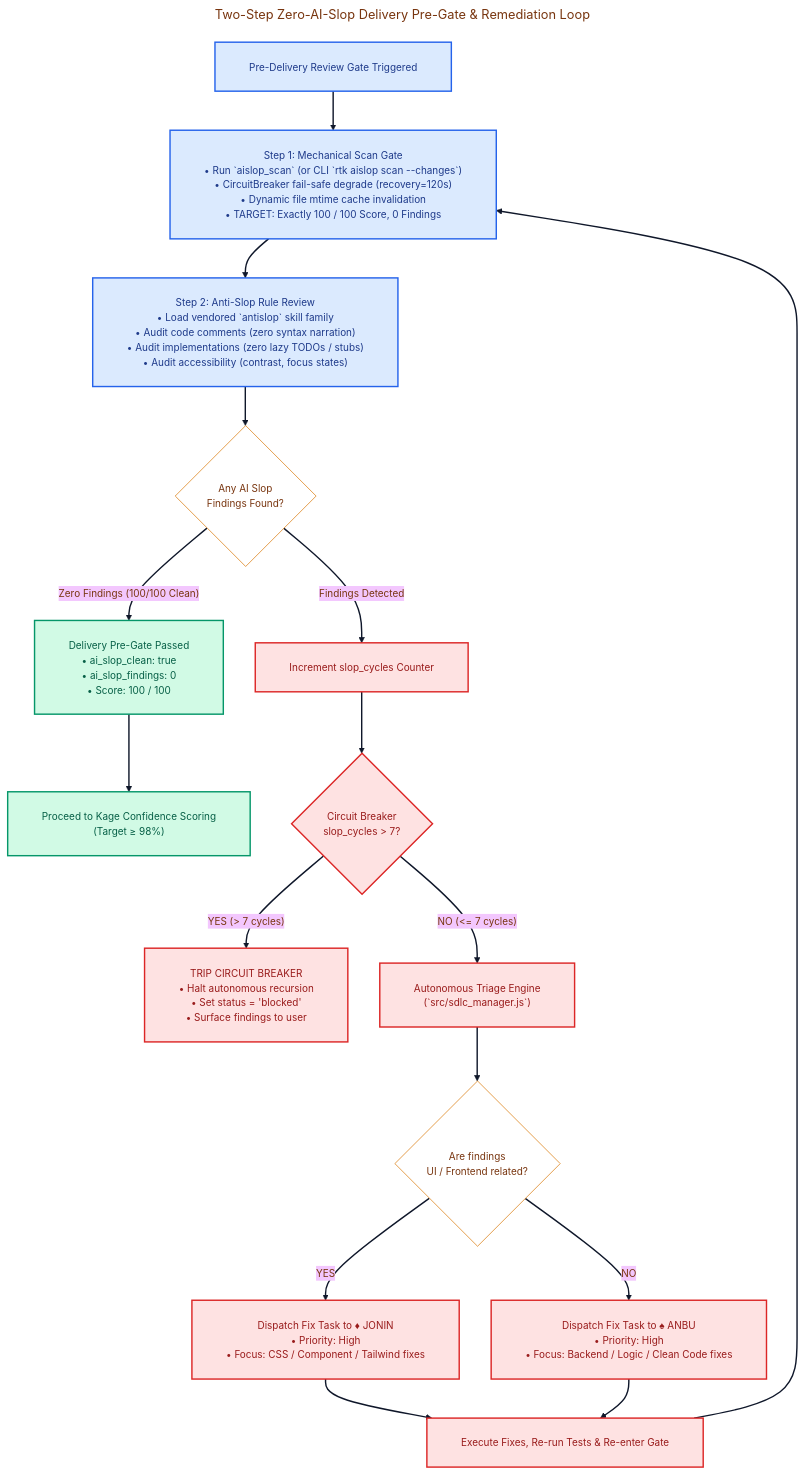
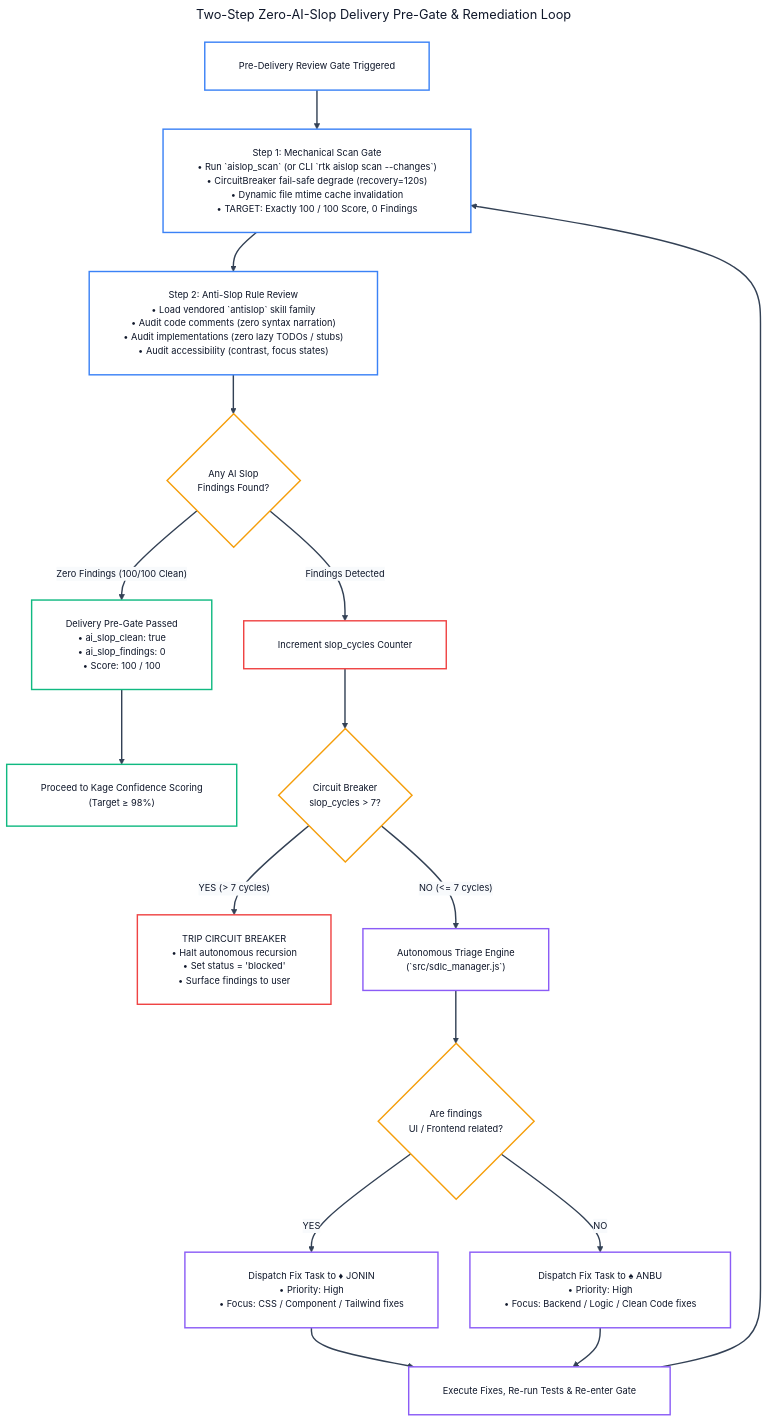
One commit to andycungkrinx91/konoha changed the sixth of 14 diagrams in docs/ALL-WORKFLOW-DIAGRAMS.md. Above: the diagram before and after it, drawn with Mermaid. The commit also changed other lines of this file and 107 other files, not shown here.

````diff
--- a/docs/ALL-WORKFLOW-DIAGRAMS.md
+++ b/docs/ALL-WORKFLOW-DIAGRAMS.md
@@ -328,54 +369,63 @@
 ```mermaid
 ---
 title: Two-Step Zero-AI-Slop Delivery Pre-Gate & Remediation Loop
 config:
   theme: base
   themeVariables:
+    darkMode: false
     background: '#ffffff'
     mainBkg: '#ffffff'
-    primaryColor: '#fef3c7'
-    primaryTextColor: '#78350f'
-    primaryBorderColor: '#d97706'
-    lineColor: '#0f172a'
-    arrowheadColor: '#0f172a'
-    fontFamily: 'Inter, system-ui, sans-serif'
-    fontSize: '14px'
+    primaryColor: '#ffffff'
+    primaryTextColor: '#0f172a'
+    primaryBorderColor: '#f59e0b'
+    lineColor: '#334155'
+    arrowheadColor: '#334155'
+    secondaryColor: '#f8fafc'
+    tertiaryColor: '#ffffff'
+    fontFamily: 'Inter, system-ui, -apple-system, sans-serif'
+    fontSize: '13px'
   flowchart:
     nodeSpacing: 45
     rankSpacing: 55
     padding: 24
     wrappingWidth: 380
 ---
 flowchart TD
     Trigger["Pre-Delivery Review Gate Triggered"] --> Step1["Step 1: Mechanical Scan Gate<br/>• Run `aislop_scan` (or CLI `rtk aislop scan --changes`)<br/>• CircuitBreaker fail-safe degrade (recovery=120s)<br/>• Dynamic file mtime cache invalidation<br/>• TARGET: Exactly 100 / 100 Score, 0 Findings"]
 
     Step1 --> Step2["Step 2: Anti-Slop Rule Review<br/>• Load vendored `antislop` skill family<br/>• Audit code comments (zero syntax narration)<br/>• Audit implementations (zero lazy TODOs / stubs)<br/>• Audit accessibility (contrast, focus states)"]
 
     Step2 --> CheckSlop{"Any AI Slop<br/>Findings Found?"}
 
     CheckSlop -- "Zero Findings (100/100 Clean)" --> PassGate["Delivery Pre-Gate Passed<br/>• ai_slop_clean: true<br/>• ai_slop_findings: 0<br/>• Score: 100 / 100"]
     PassGate --> KageGate["Proceed to Kage Confidence Scoring<br/>(Target ≥ 98%)"]
 
     CheckSlop -- "Findings Detected" --> LoopInit["Increment slop_cycles Counter"]
     LoopInit --> CheckBreaker{"Circuit Breaker<br/>slop_cycles > 7?"}
 
     CheckBreaker -- "YES (> 7 cycles)" --> Tripped["TRIP CIRCUIT BREAKER<br/>• Halt autonomous recursion<br/>• Set status = 'blocked'<br/>• Surface findings to user"]
 
     CheckBreaker -- "NO (<= 7 cycles)" --> Triage["Autonomous Triage Engine<br/>(`src/sdlc_manager.js`)"]
     Triage --> CheckType{"Are findings<br/>UI / Frontend related?"}
 
     CheckType -- "YES" --> AssignJonin["Dispatch Fix Task to ♦ JONIN<br/>• Priority: High<br/>• Focus: CSS / Component / Tailwind fixes"]
     CheckType -- "NO" --> AssignAnbu["Dispatch Fix Task to ♠ ANBU<br/>• Priority: High<br/>• Focus: Backend / Logic / Clean Code fixes"]
 
-    AssignJonin --> ReExecute["Execute Fixes, Re-run Tests & Re-enter Gate"]
+    AssignJonin --> ReExecute["Execute Fixes, Re-run Tests &amp; Re-enter Gate"]
     AssignAnbu --> ReExecute
     ReExecute --> Step1
 
-    linkStyle default stroke:#0f172a,stroke-width:2px;
-    classDef trigger fill:#dbeafe,stroke:#2563eb,color:#1e3a8a,stroke-width:2px;
-    classDef pass fill:#d1fae5,stroke:#059669,color:#065f46,stroke-width:2px;
-    classDef loop fill:#fee2e2,stroke:#dc2626,color:#991b1b,stroke-width:2px;
-    class Trigger,Step1,Step2 trigger;
-    class PassGate,KageGate pass;
-    class LoopInit,CheckBreaker,Tripped,Triage,AssignJonin,AssignAnbu,ReExecute loop;
+    linkStyle default stroke:#334155,stroke-width:2px;
+
+    classDef triggerNode fill:#ffffff,stroke:#3b82f6,color:#0f172a,stroke-width:2px;
+    classDef gateNode fill:#ffffff,stroke:#f59e0b,color:#0f172a,stroke-width:2px;
+    classDef passNode fill:#ffffff,stroke:#10b981,color:#0f172a,stroke-width:2px;
+    classDef loopNode fill:#ffffff,stroke:#ef4444,color:#0f172a,stroke-width:2px;
+    classDef triageNode fill:#ffffff,stroke:#8b5cf6,color:#0f172a,stroke-width:2px;
+
+    class Trigger,Step1,Step2 triggerNode;
+    class CheckSlop,CheckBreaker,CheckType gateNode;
+    class PassGate,KageGate passNode;
+    class LoopInit,Tripped loopNode;
+    class Triage,AssignJonin,AssignAnbu,ReExecute triageNode;
 ```
````
